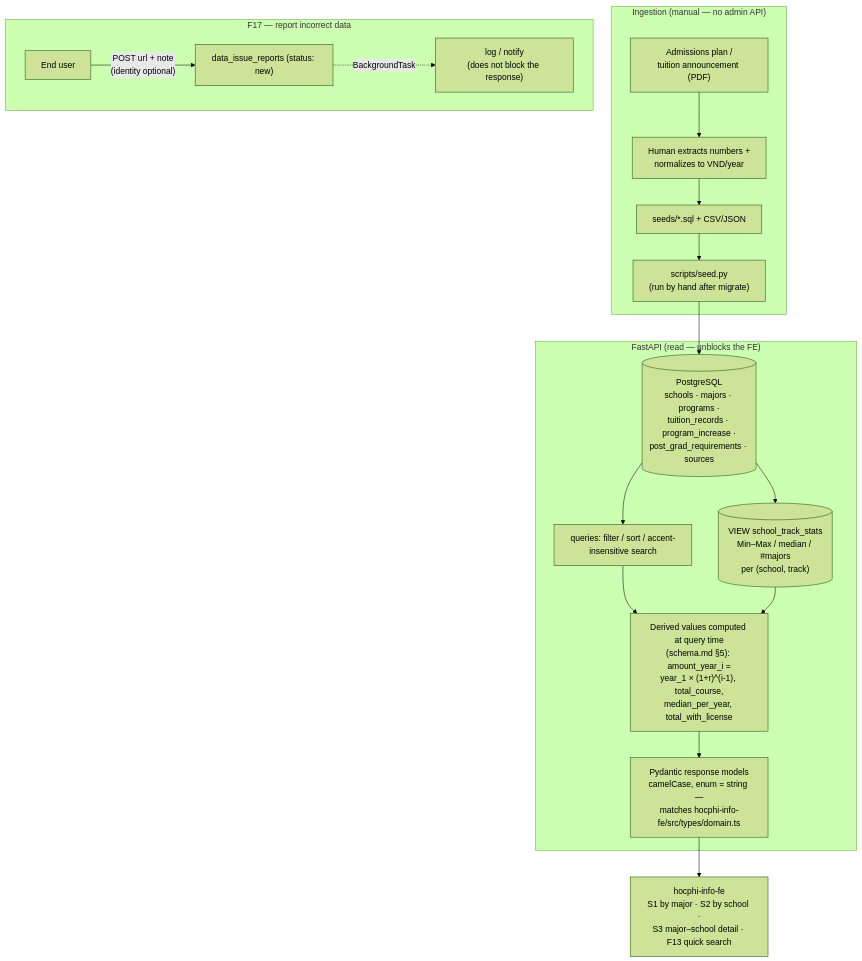
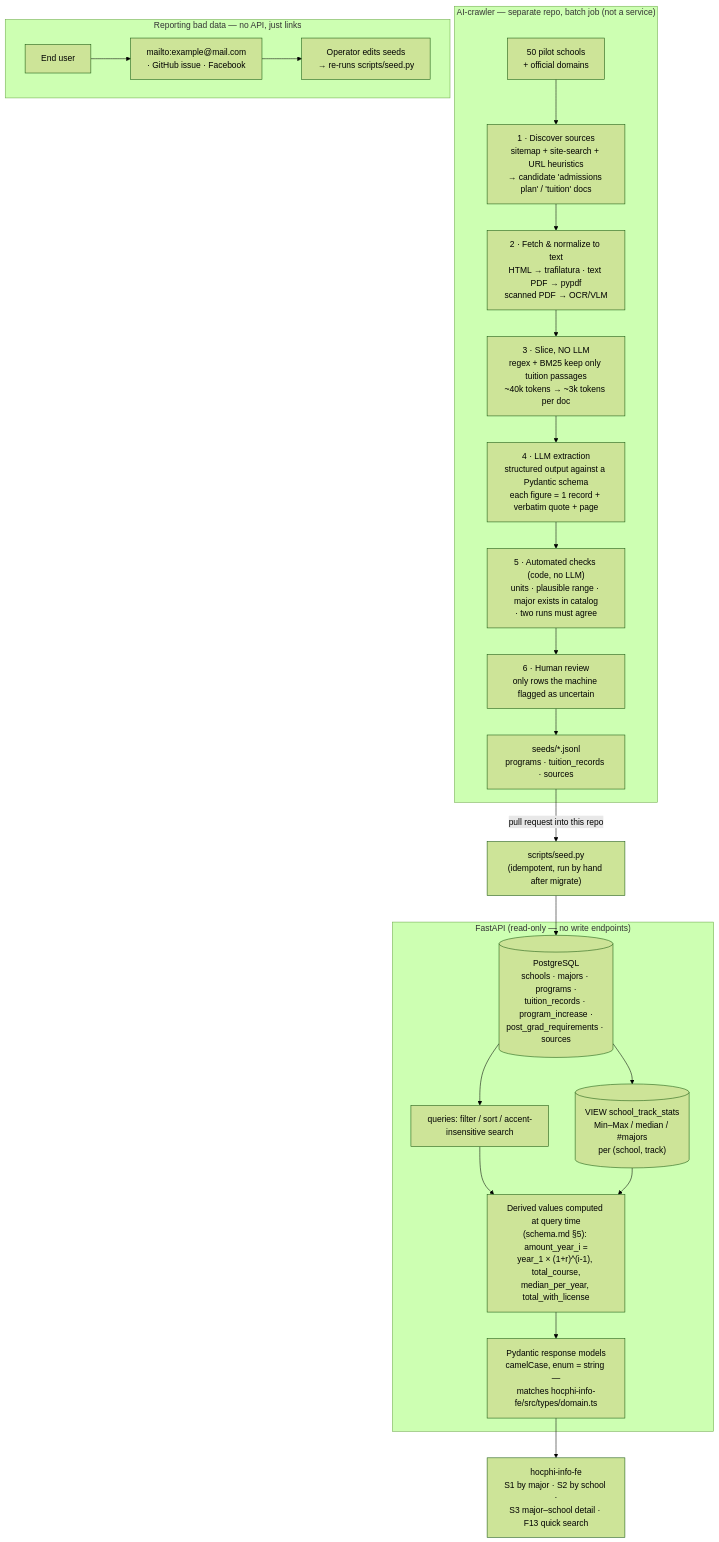
One commit to hocphi-info/hocphi-info-be changed the first of 2 diagrams in README-en.md. Above: the diagram before and after it, drawn with Mermaid (forest theme). The commit also changed other lines of this file and 21 other files, not shown here.

First line of the commit message:
feat(crawler): drop F17 reports, add AI-crawler skill + first tuition batch

````diff
--- a/README-en.md
+++ b/README-en.md
@@ -25,25 +29,30 @@
 ```mermaid
 flowchart TD
-    subgraph INGEST["Ingestion (manual — no admin API)"]
-        PDF["Admissions plan /<br/>tuition announcement (PDF)"] --> HUMAN["Human extracts numbers +<br/>normalizes to VND/year"]
-        HUMAN --> SQL["seeds/*.sql + CSV/JSON"]
-        SQL --> SEED["scripts/seed.py<br/>(run by hand after migrate)"]
+    subgraph CRAWL["AI-crawler — separate repo, batch job (not a service)"]
+        LIST["50 pilot schools<br/>+ official domains"] --> DISC["1 · Discover sources<br/>sitemap + site-search + URL heuristics<br/>→ candidate 'admissions plan' / 'tuition' docs"]
+        DISC --> FETCH["2 · Fetch & normalize to text<br/>HTML → trafilatura · text PDF → pypdf<br/>scanned PDF → OCR/VLM"]
+        FETCH --> SLICE["3 · Slice, NO LLM<br/>regex + BM25 keep only tuition passages<br/>~40k tokens → ~3k tokens per doc"]
+        SLICE --> LLM["4 · LLM extraction<br/>structured output against a Pydantic schema<br/>each figure = 1 record + verbatim quote + page"]
+        LLM --> CHECK["5 · Automated checks (code, no LLM)<br/>units · plausible range · major exists in catalog<br/>· two runs must agree"]
+        CHECK --> REVIEW["6 · Human review<br/>only rows the machine flagged as uncertain"]
+        REVIEW --> OUT["seeds/*.jsonl<br/>programs · tuition_records · sources"]
     end
 
+    OUT -->|"pull request into this repo"| SEED["scripts/seed.py<br/>(idempotent, run by hand after migrate)"]
     SEED --> DB[("PostgreSQL<br/>schools · majors · programs ·<br/>tuition_records · program_increase ·<br/>post_grad_requirements · sources")]
 
-    subgraph API["FastAPI (read — unblocks the FE)"]
+    subgraph API["FastAPI (read-only — no write endpoints)"]
         DB --> Q["queries: filter / sort / accent-insensitive search"]
         DB --> VIEW[("VIEW school_track_stats<br/>Min–Max / median / #majors<br/>per (school, track)")]
         Q --> DERIVE["Derived values computed at query time<br/>(schema.md §5): amount_year_i =<br/>year_1 × (1+r)^(i-1), total_course,<br/>median_per_year, total_with_license"]
         VIEW --> DERIVE
         DERIVE --> RESP["Pydantic response models<br/>camelCase, enum = string —<br/>matches hocphi-info-fe/src/types/domain.ts"]
     end
 
     RESP --> FE["hocphi-info-fe<br/>S1 by major · S2 by school ·<br/>S3 major–school detail · F13 quick search"]
 
-    subgraph REPORT["F17 — report incorrect data"]
-        USER["End user"] -->|"POST url + note<br/>(identity optional)"| RB["data_issue_reports (status: new)"]
-        RB -.->|"BackgroundTask"| LOG["log / notify<br/>(does not block the response)"]
+    subgraph FB["Reporting bad data — no API, just links"]
+        USER["End user"] --> CH["mailto:example@mail.com<br/>· GitHub issue · Facebook"]
+        CH --> OWNER["Operator edits seeds<br/>→ re-runs scripts/seed.py"]
     end
 ```
````
